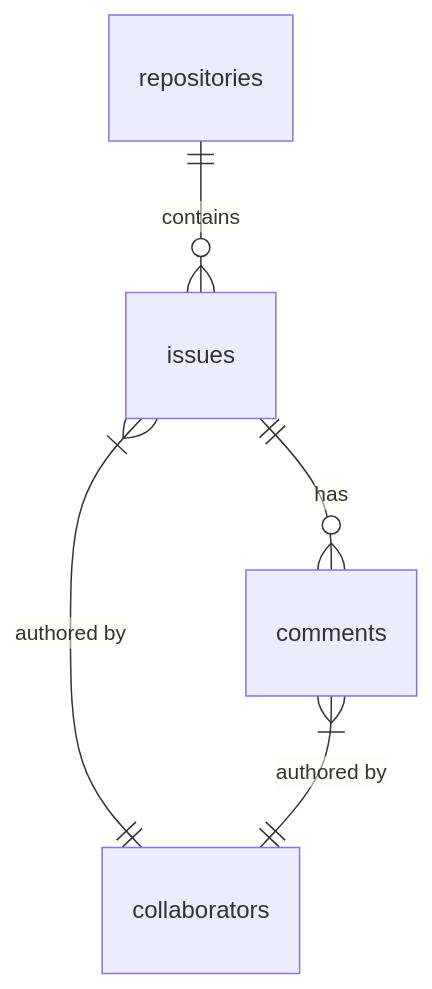
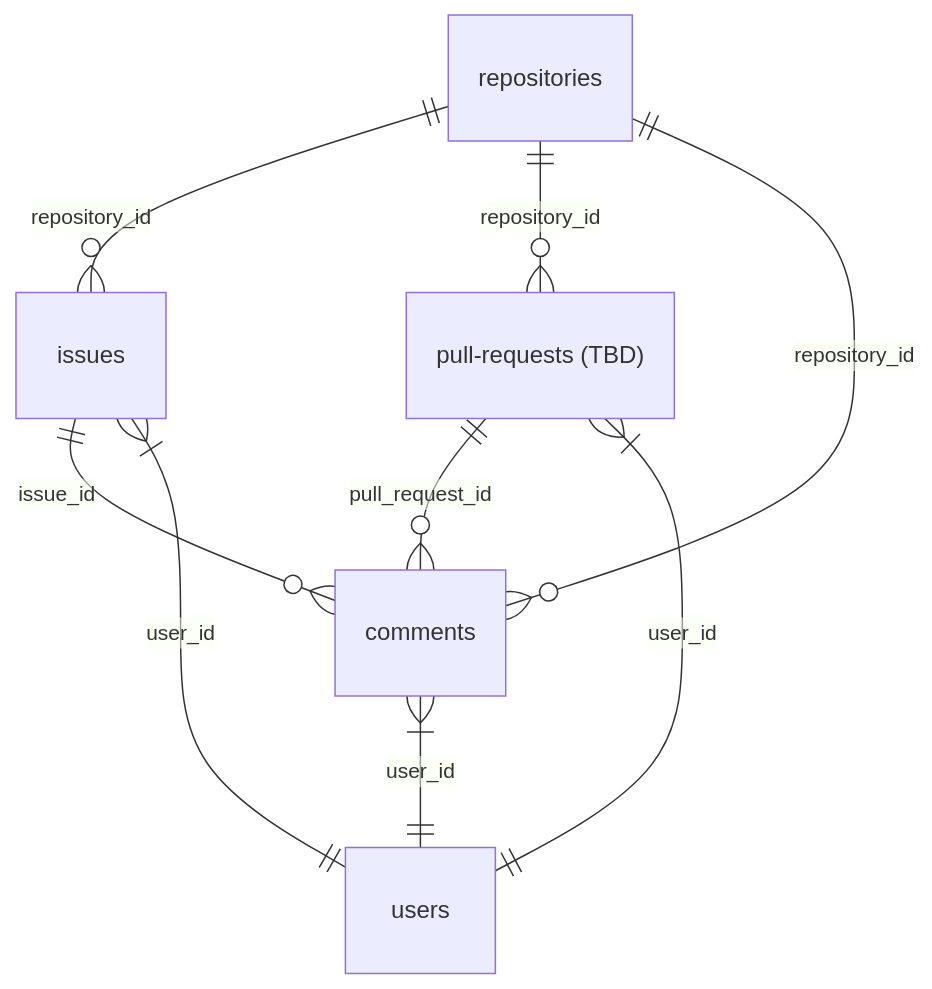
One commit to DefJM/openOwl changed the diagram in README.md. Above: the diagram before and after it, drawn with Mermaid. The commit also changed other lines of this file and 7 other files, not shown here.

````diff
--- a/README.md
+++ b/README.md
@@ -58,7 +58,13 @@
 ```mermaid
 erDiagram
-    repositories ||--o{ issues : contains
-    issues ||--o{ comments : has
-    issues }|--|| collaborators : "authored by"
-    comments }|--|| collaborators : "authored by"
+    repositories ||--o{ issues : "repository_id"
+    repositories ||--o{ "pull-requests (TBD)" : "repository_id"
+    repositories ||--o{ comments : "repository_id"
+    
+    issues ||--o{ comments : "issue_id"
+    "pull-requests (TBD)" ||--o{ comments : "pull_request_id"
+    
+    issues }|--|| users : "user_id"
+    "pull-requests (TBD)" }|--|| users : "user_id"
+    comments }|--|| users : "user_id"
 ```
````
